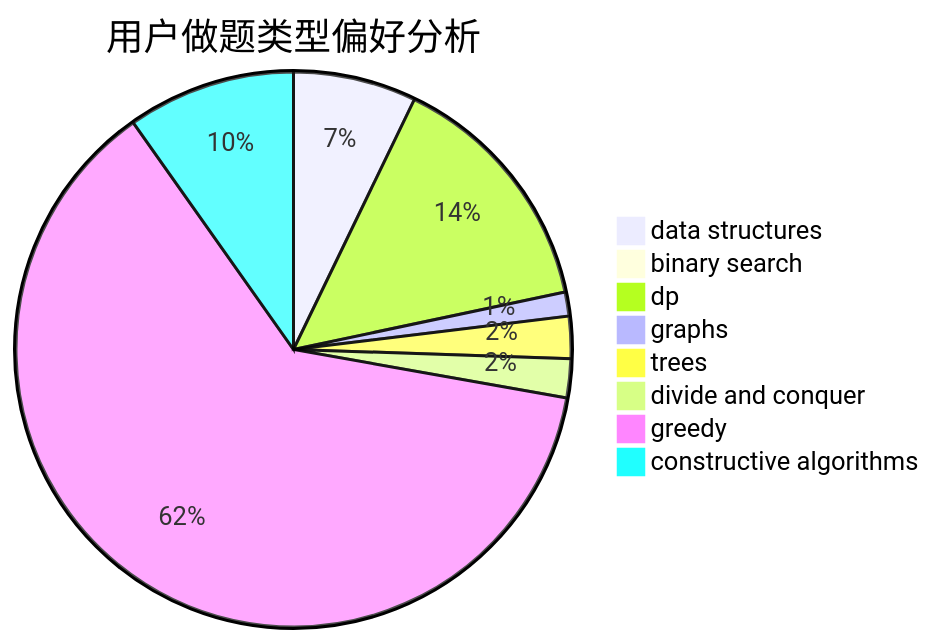
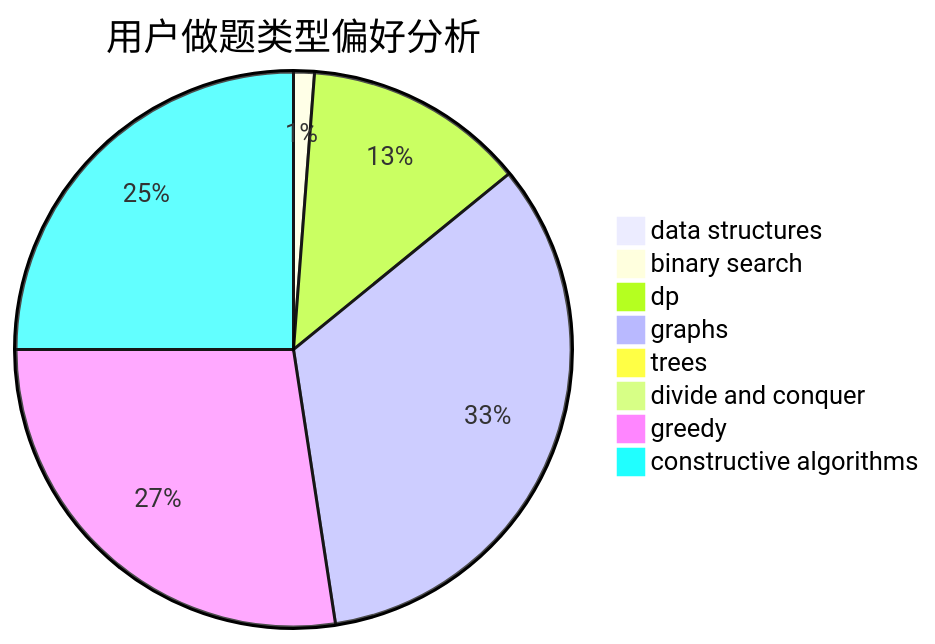
Before and after one commit to sherpahu/cfrs.github.io: the second of 3 diagrams in docs/user/u1323.md, drawn with Mermaid. The commit also changed other lines of this file and 2770 other files, not shown here.

````diff
--- a/docs/user/u1323.md
+++ b/docs/user/u1323.md
@@ -23,11 +23,11 @@
 ```mermaid
 pie title 用户做题类型偏好分析
-    "data structures" :  41
-    "binary search" :  2
-    "dp" :  83
-    "graphs" :  8
-    "trees" :  14
-    "divide and conquer" :  13
-    "greedy" :  357
-    "constructive algorithms" :  56
+    "data structures" :  1
+    "binary search" :  3
+    "dp" :  32
+    "graphs" :  83
+    "trees" :  0
+    "divide and conquer" :  1
+    "greedy" :  68
+    "constructive algorithms" :  62
 ```
````
